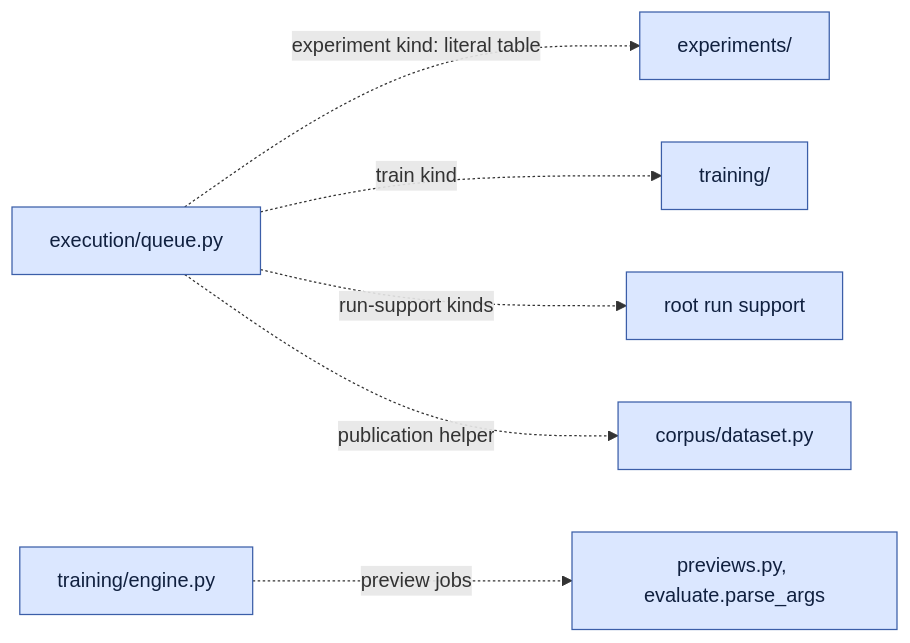
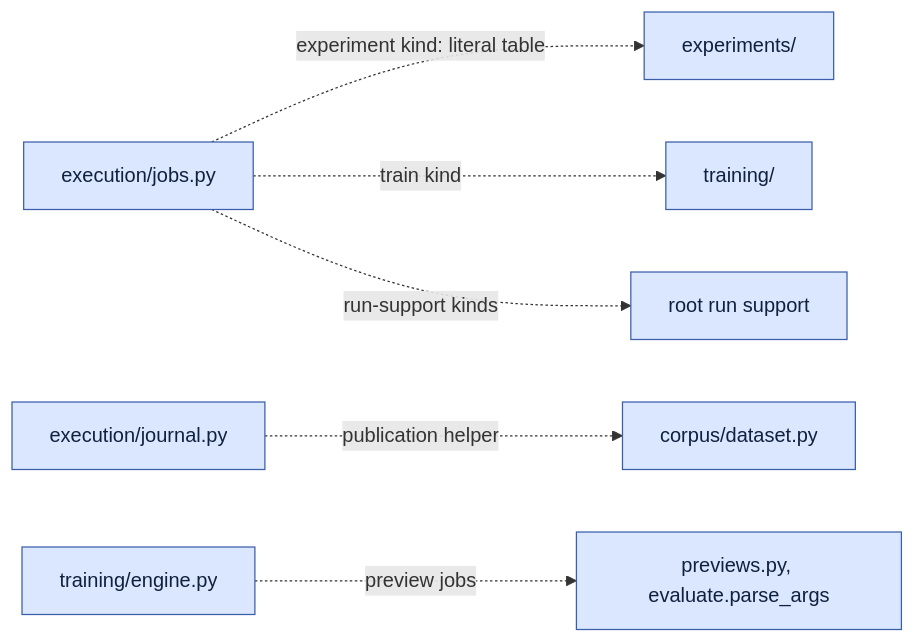
The second of 4 diagrams in scripts/onestep_avatar/doc/architecture.md (AtlantixJJ/LTX-2), drawn with Mermaid before and after one commit. The commit also changed other lines of this file and 121 other files, not shown here.

First line of the commit message:
refactor(avatar): modularize execution queue and update documentation & tests

````diff
--- a/scripts/onestep_avatar/doc/architecture.md
+++ b/scripts/onestep_avatar/doc/architecture.md
@@ -188,10 +190,10 @@
 ```mermaid
 flowchart LR
-  E["execution/queue.py"] -.->|"experiment kind: literal table"| X["experiments/"]
+  E["execution/jobs.py"] -.->|"experiment kind: literal table"| X["experiments/"]
   E -.->|"train kind"| T["training/"]
   E -.->|"run-support kinds"| R["root run support"]
-  E -.->|"publication helper"| C["corpus/dataset.py"]
+  J["execution/journal.py"] -.->|"publication helper"| C["corpus/dataset.py"]
   T2["training/engine.py"] -.->|"preview jobs"| P["previews.py, evaluate.parse_args"]
   classDef proc fill:#dbe7ff,stroke:#3b5ea8,color:#10203f;
-  class E,X,T,R,C,T2,P proc;
+  class E,J,X,T,R,C,T2,P proc;
 ```
````
